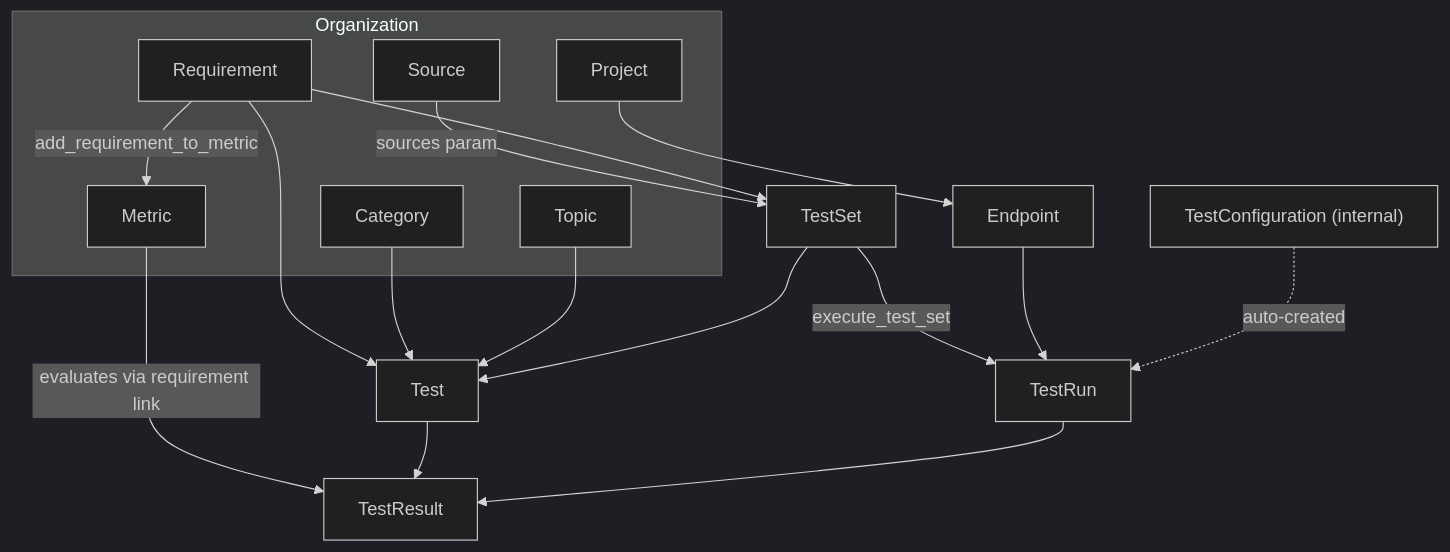
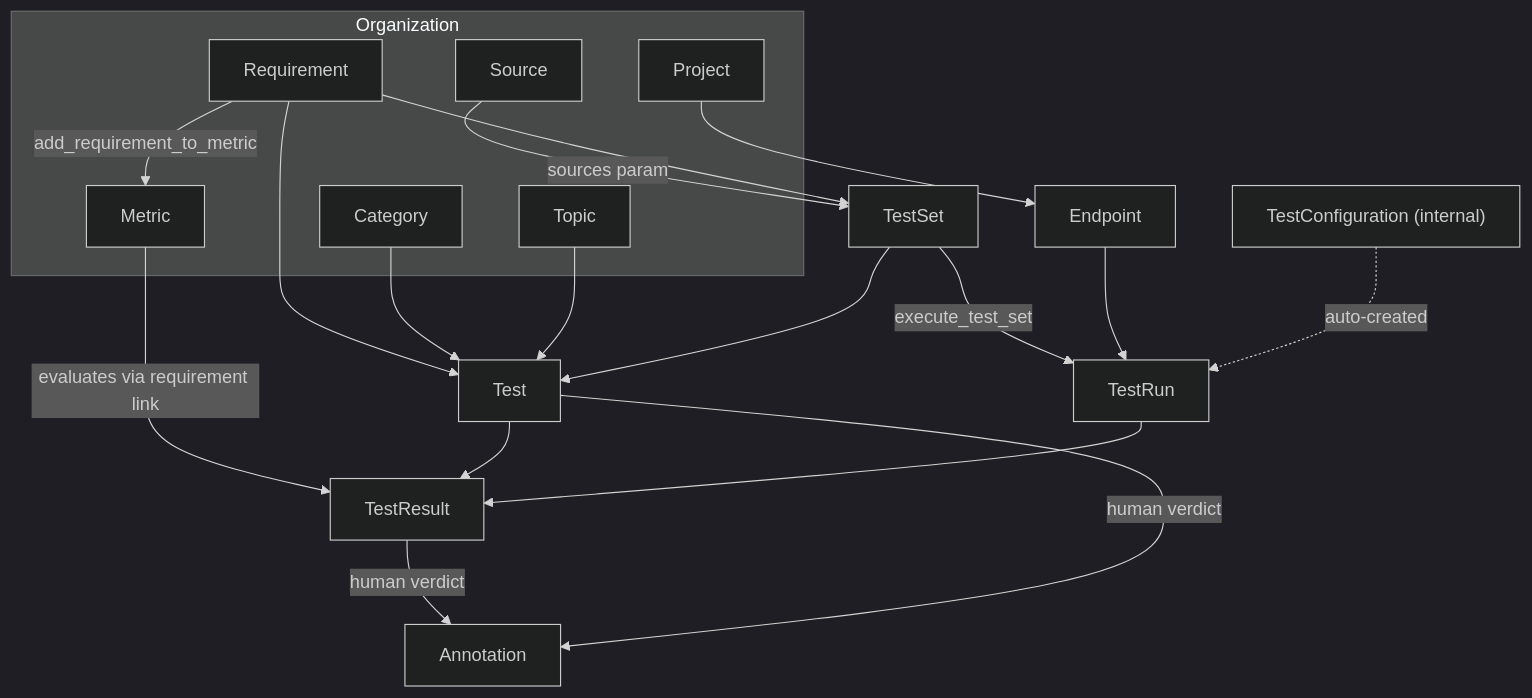
One commit to rhesis-ai/rhesis changed the diagram in skills/rhesis/references/entity-model.md. Above: the diagram before and after it, drawn with Mermaid (dark theme). The commit also changed other lines of this file and 4 other files, not shown here.

````diff
--- a/skills/rhesis/references/entity-model.md
+++ b/skills/rhesis/references/entity-model.md
@@ -11,26 +11,28 @@
 ```mermaid
 flowchart TB
   subgraph org [Organization]
     Project
     Requirement
     Metric
     Source
     Category
     Topic
   end
 
   Project --> Endpoint
   Requirement -->|"add_requirement_to_metric"| Metric
   Requirement --> Test
   Category --> Test
   Topic --> Test
   Source -->|"sources param"| TestSet
   Requirement --> TestSet
   TestSet --> Test
   TestSet -->|"execute_test_set"| TestRun
   Endpoint --> TestRun
   Metric -->|"evaluates via requirement link"| TestResult
   Test --> TestResult
   TestRun --> TestResult
   TestConfiguration["TestConfiguration (internal)"] -.->|"auto-created"| TestRun
+  TestResult -->|"human verdict"| Annotation
+  Test -->|"human verdict"| Annotation
 ```
````
